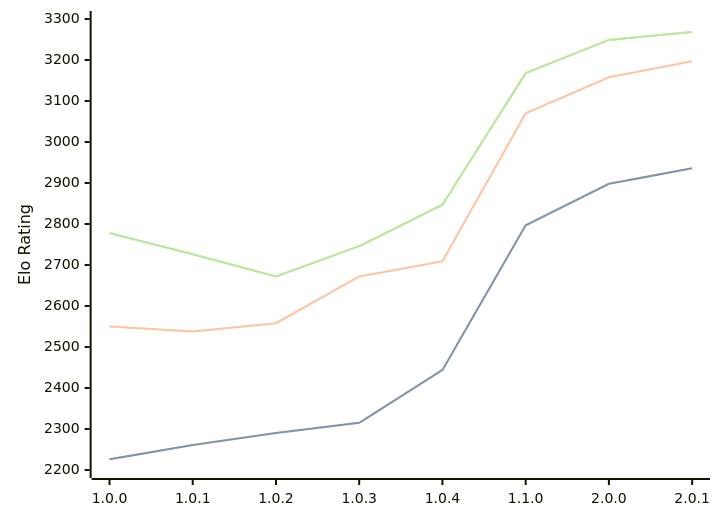
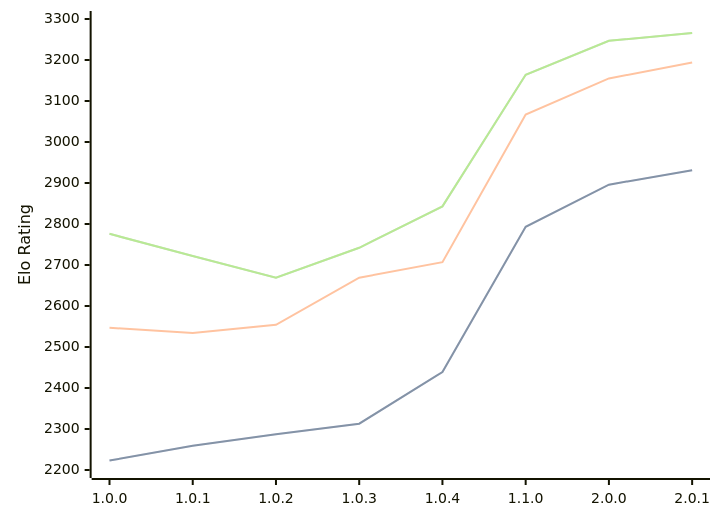
One commit to computer-chess-index/cci changed the diagram in engines/Grail.md. Above: the diagram before and after it, drawn with Mermaid. The commit also changed other lines of this file, not shown here.

Commit message:
Update CCI Ratings (ELO VLTC) - 2026-08-12

````diff
--- a/engines/Grail.md
+++ b/engines/Grail.md
@@ -38,11 +38,11 @@
 ```mermaid
 %%{init: {"theme":"base","themeVariables":{"seriesColors:['#a3a3a3','#222221','#faa371']}}}%%
 xychart-beta
   x-axis ["1.0.0", "1.0.1", "1.0.2", "1.0.3", "1.0.4", "1.1.0", "2.0.0", "2.0.1"]
   y-axis "Elo Rating" 2200 --> 3300
-  line "STC (8.0+0.08s)" [2226, 2261, 2290, 2315, 2444, 2797, 2898, 2936]
-  line "STC (8.0+0.08s)" [2226, 2261, 2290, 2315, 2444, 2797, 2898, 2936]
-  line "LTC (60.0+0.60s)" [2550, 2538, 2558, 2672, 2709, 3070, 3158, 3197]
-  line "VLTC (2m24s+1.12s)" [2778, 2726, 2672, 2746, 2847, 3168, 3249, 3268]
-  line "VLTC (2m24s+1.12s)" [2778, 2726, 2672, 2746, 2847, 3168, 3249, 3268]
+  line "STC (8.0+0.08s)" [2223, 2259, 2287, 2313, 2439, 2793, 2896, 2931]
+  line "STC (8.0+0.08s)" [2223, 2259, 2287, 2313, 2439, 2793, 2896, 2931]
+  line "LTC (60.0+0.60s)" [2547, 2534, 2554, 2669, 2707, 3067, 3155, 3194]
+  line "VLTC (2m24s+1.12s)" [2776, 2722, 2669, 2742, 2843, 3164, 3247, 3266]
+  line "VLTC (2m24s+1.12s)" [2776, 2722, 2669, 2742, 2843, 3164, 3247, 3266]
 ```
````
